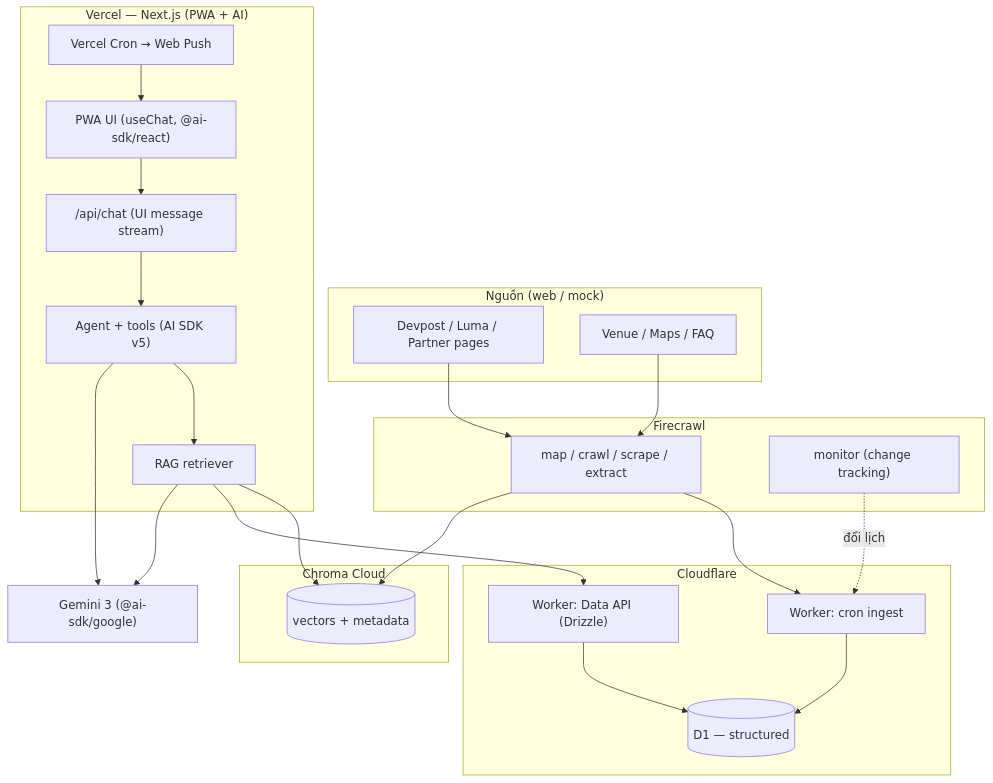
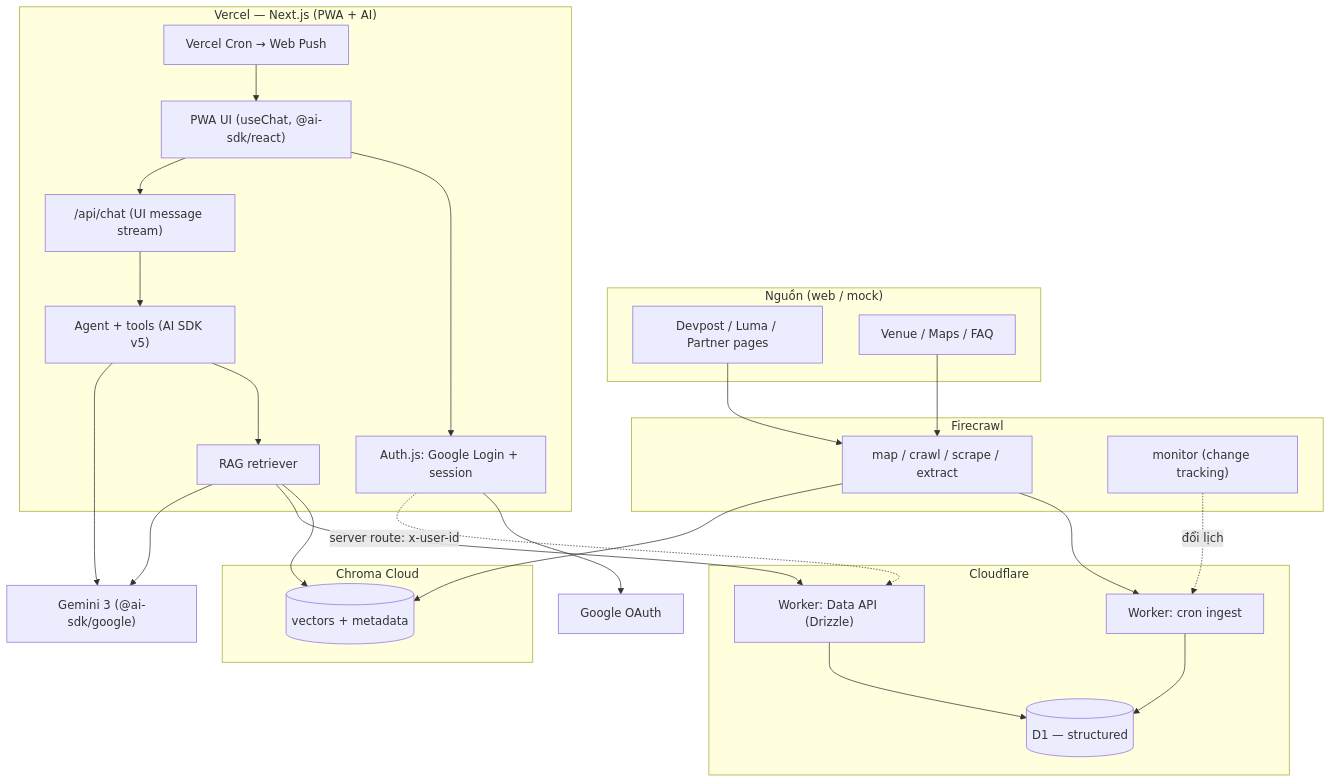
The first of 7 diagrams in Event-Copilot-Build-Checklist.md (khangzens2001/AI-build-week-gemo), drawn with Mermaid before and after one commit. The commit also changed other lines of this file and 151 other files, not shown here.

````diff
--- a/Event-Copilot-Build-Checklist.md
+++ b/Event-Copilot-Build-Checklist.md
@@ -79,42 +81,46 @@
 ```mermaid
 flowchart TB
     subgraph SRC["Nguồn (web / mock)"]
         S1["Devpost / Luma / Partner pages"]
         S2["Venue / Maps / FAQ"]
     end
 
     subgraph FCR["Firecrawl"]
         FC1["map / crawl / scrape / extract"]
         FC2["monitor (change tracking)"]
     end
 
     subgraph CF["Cloudflare"]
         W1["Worker: cron ingest"]
         W2["Worker: Data API (Drizzle)"]
         D1[("D1 — structured")]
     end
 
     subgraph CHR["Chroma Cloud"]
         V1[("vectors + metadata")]
     end
 
     subgraph VER["Vercel — Next.js (PWA + AI)"]
         N1["PWA UI (useChat, @ai-sdk/react)"]
         N2["/api/chat (UI message stream)"]
         N3["Agent + tools (AI SDK v5)"]
         N4["RAG retriever"]
         N5["Vercel Cron → Web Push"]
+        N6["Auth.js: Google Login + session"]
     end
 
     GEM["Gemini 3 (@ai-sdk/google)"]
+    GOOG["Google OAuth"]
 
     S1 & S2 --> FC1 --> W1 --> D1
     FC1 --> V1
     FC2 -.->|"đổi lịch"| W1
+    N1 --> N6 --> GOOG
     N1 --> N2 --> N3 --> N4
     N4 --> V1
     N4 --> W2 --> D1
+    N6 -.->|"server route: x-user-id"| W2
     N3 --> GEM
     N4 --> GEM
     N5 --> N1
 ```
````
